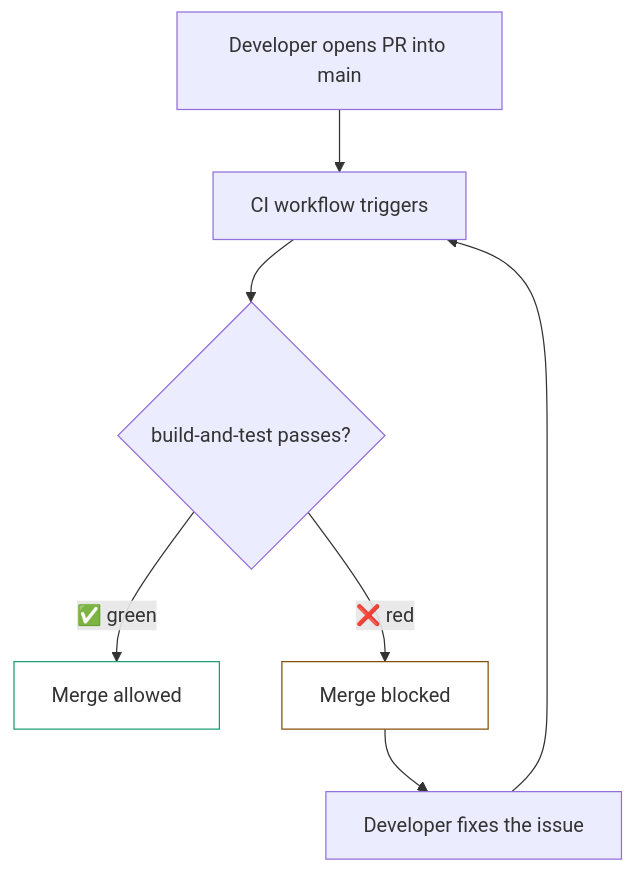
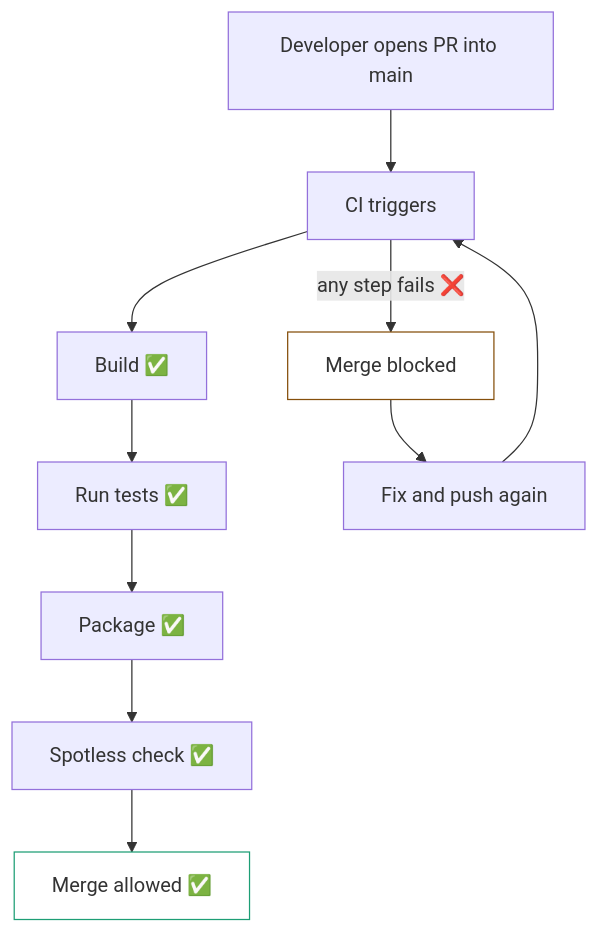
One commit to MaksymChalyi/Verdora-backend changed the fourth of 4 diagrams in docs/ci-cd/github-ci.md. Above: the diagram before and after it, drawn with Mermaid. The commit also changed other lines of this file and 1 other file, not shown here.

````diff
--- a/docs/ci-cd/github-ci.md
+++ b/docs/ci-cd/github-ci.md
@@ -256,12 +192,12 @@
 ```mermaid
 flowchart TD
-    A["Developer opens PR into main"] --> B["CI workflow triggers"]
-    B --> C{"build-and-test passes?"}
-    C -->|"✅ green"| D["Merge allowed"]
-    C -->|"❌ red"| E["Merge blocked"]
-    E --> F["Developer fixes the issue"]
-    F --> B
+    A["Developer opens PR into main"] --> B["CI triggers"]
+    B --> C["Build ✅"] --> D["Run tests ✅"] --> E["Package ✅"] --> F["Spotless check ✅"]
+    F --> G["Merge allowed ✅"]
+    B -->|"any step fails ❌"| H["Merge blocked"]
+    H --> I["Fix and push again"]
+    I --> B
 
-    style D fill:none,stroke:#1D9E75,stroke-width:1px
-    style E fill:none,stroke:#854F0B,stroke-width:1px
+    style G fill:none,stroke:#1D9E75,stroke-width:1px
+    style H fill:none,stroke:#854F0B,stroke-width:1px
 ```
````
